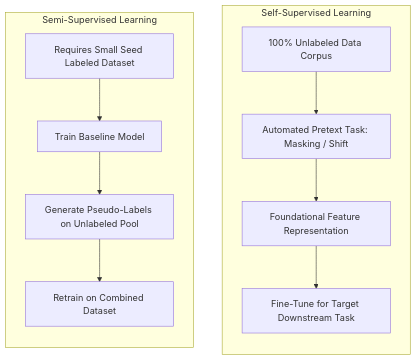
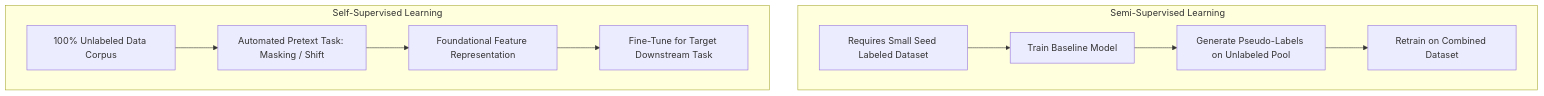
Before and after one commit to rensaputra/aws-docs: the third of 3 diagrams in docs/ai-practitioner/section-6-ai-ml/self-supervised-learning.mdx, drawn with Mermaid. The commit also changed other lines of this file and 263 other files, not shown here.

First line of the commit message:
feat(docs): convert ascii diagrams to mermaid in section-2

````diff
--- a/docs/ai-practitioner/section-6-ai-ml/self-supervised-learning.mdx
+++ b/docs/ai-practitioner/section-6-ai-ml/self-supervised-learning.mdx
@@ -74,17 +74,15 @@
 ```mermaid
-flowchart LR
+flowchart TD
     subgraph SemiSupervised [Semi-Supervised Learning]
         SS_Data[Requires Small Seed Labeled Dataset] --> SS_Model[Train Baseline Model]
         SS_Model --> SS_Pseudo[Generate Pseudo-Labels on Unlabeled Pool]
         SS_Pseudo --> SS_Retrain[Retrain on Combined Dataset]
     end
 
     subgraph SelfSupervised [Self-Supervised Learning]
         SSL_Data[100% Unlabeled Data Corpus] --> SSL_Task[Automated Pretext Task: Masking / Shift]
         SSL_Task --> SSL_Base[Foundational Feature Representation]
         SSL_Base --> SSL_Down[Fine-Tune for Target Downstream Task]
     end
 
-    SemiSupervised ~~~ SelfSupervised
-
 ```
````
